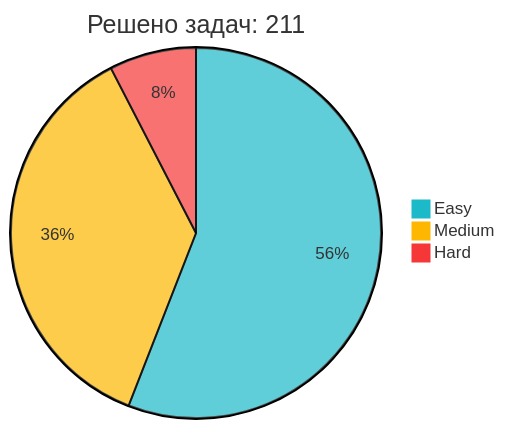
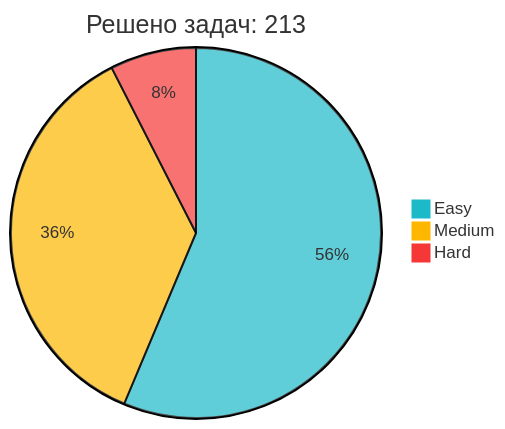
The diagram in README.md (IliaKurdukov/IliaKurdukov), drawn with Mermaid before and after one commit. The commit also changed other lines of this file, not shown here.

Commit message:
📈 Обновление статистики LeetCode

````diff
--- a/README.md
+++ b/README.md
@@ -51,7 +51,7 @@
 ```mermaid
 %%{init: {'theme': 'base', 'themeVariables': { 'pie1': '#1CBAC8', 'pie2': '#FEB700', 'pie3': '#F63737' }, 'config': {'width': 300, 'height': 200}}}%%
-pie title Решено задач: 211
-   "Easy" : 118
+pie title Решено задач: 213
+   "Easy" : 120
    "Medium" : 77
    "Hard" : 16
 ```
````
